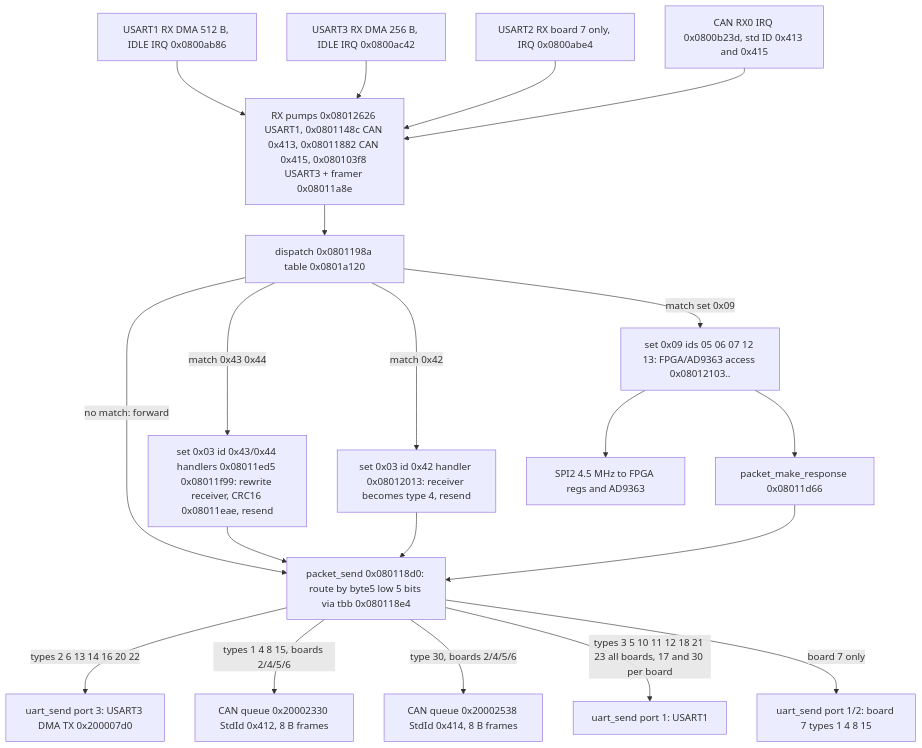
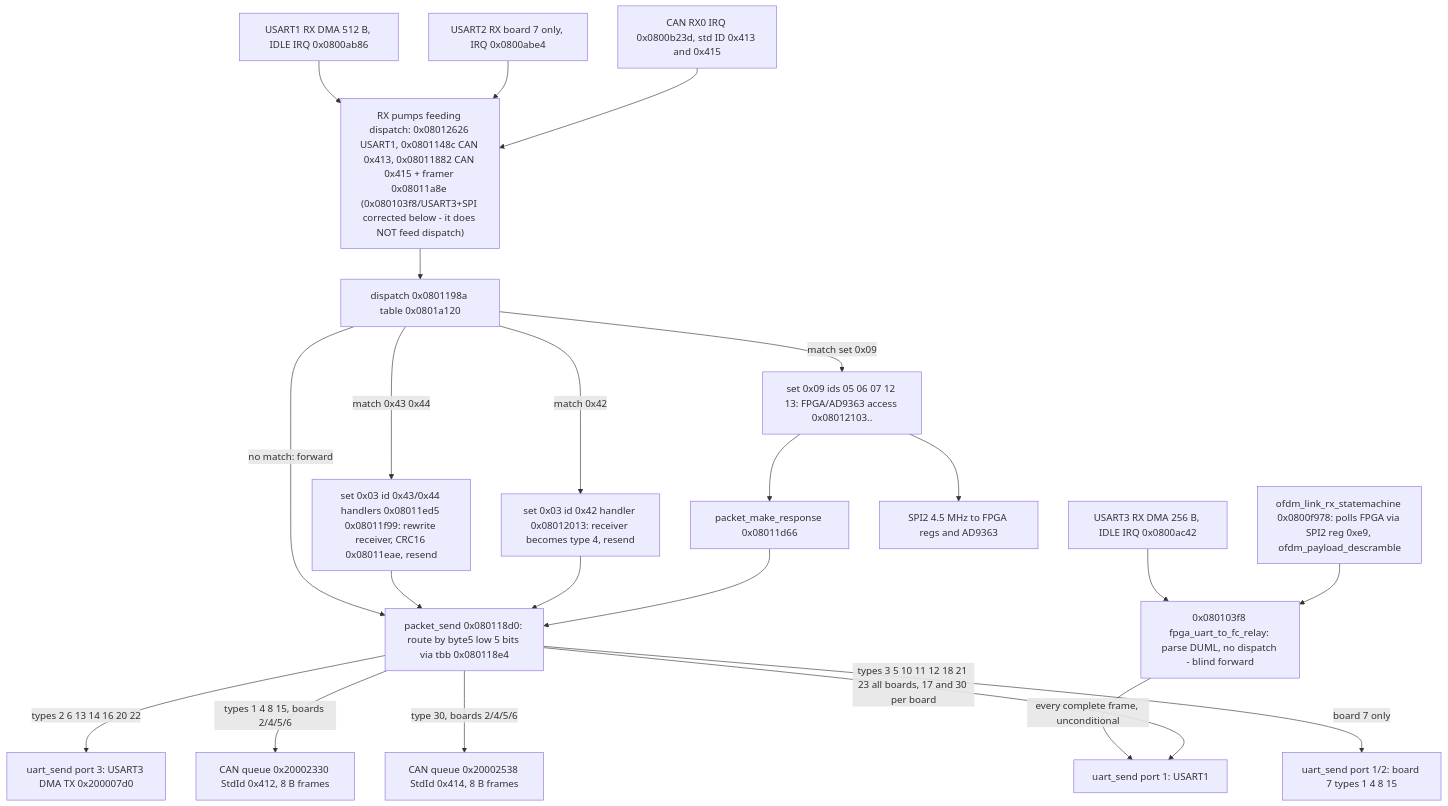
Before and after one commit to awto-au/awto-dji: the second of 4 diagrams in docs/dataflow.md, drawn with Mermaid. The commit also changed other lines of this file and 1 other file, not shown here.

First line of the commit message:
docs: fix dataflow.md diagram - RX from the link side bypasses dispatch, doesn't demux

````diff
--- a/docs/dataflow.md
+++ b/docs/dataflow.md
@@ -130,40 +130,44 @@
 ```mermaid
 flowchart TD
   U1["USART1 RX DMA 512 B, IDLE IRQ 0x0800ab86"]
   U3["USART3 RX DMA 256 B, IDLE IRQ 0x0800ac42"]
   U2["USART2 RX board 7 only, IRQ 0x0800abe4"]
   CANRX["CAN RX0 IRQ 0x0800b23d, std ID 0x413 and 0x415"]
-  PUMP["RX pumps 0x08012626 USART1, 0x0801148c CAN 0x413, 0x08011882 CAN 0x415, 0x080103f8 USART3 + framer 0x08011a8e"]
+  PUMP["RX pumps feeding dispatch: 0x08012626 USART1, 0x0801148c CAN 0x413, 0x08011882 CAN 0x415 + framer 0x08011a8e (0x080103f8/USART3+SPI corrected below - it does NOT feed dispatch)"]
   DISP["dispatch 0x0801198a table 0x0801a120"]
   H43["set 0x03 id 0x43/0x44 handlers 0x08011ed5 0x08011f99: rewrite receiver, CRC16 0x08011eae, resend"]
   H42["set 0x03 id 0x42 handler 0x08012013: receiver becomes type 4, resend"]
   H09["set 0x09 ids 05 06 07 12 13: FPGA/AD9363 access 0x08012103.."]
   RESP["packet_make_response 0x08011d66"]
   PS["packet_send 0x080118d0: route by byte5 low 5 bits via tbb 0x080118e4"]
   O3["uart_send port 3: USART3 DMA TX 0x200007d0"]
   OCAN["CAN queue 0x20002330 StdId 0x412, 8 B frames"]
   OCAN2["CAN queue 0x20002538 StdId 0x414, 8 B frames"]
   O1["uart_send port 1: USART1"]
   O12["uart_send port 1/2: board 7 types 1 4 8 15"]
   SPI["SPI2 4.5 MHz to FPGA regs and AD9363"]
 
   U1 --> PUMP
-  U3 --> PUMP
   U2 --> PUMP
   CANRX --> PUMP
+  U3 --> RELAY
+  OFDMRX["ofdm_link_rx_statemachine 0x0800f978: polls FPGA via SPI2 reg 0xe9, ofdm_payload_descramble"]
+  OFDMRX --> RELAY
+  RELAY["0x080103f8 fpga_uart_to_fc_relay: parse DUML, no dispatch - blind forward"]
+  RELAY -->|"every complete frame, unconditional"| O1
   PUMP --> DISP
   DISP -->|"match 0x43 0x44"| H43
   DISP -->|"match 0x42"| H42
   DISP -->|"match set 0x09"| H09
   DISP -->|"no match: forward"| PS
   H43 --> PS
   H42 --> PS
   H09 --> SPI
   H09 --> RESP
   RESP --> PS
   PS -->|"types 2 6 13 14 16 20 22"| O3
   PS -->|"types 1 4 8 15, boards 2/4/5/6"| OCAN
   PS -->|"type 30, boards 2/4/5/6"| OCAN2
   PS -->|"types 3 5 10 11 12 18 21 23 all boards, 17 and 30 per board"| O1
   PS -->|"board 7 only"| O12
 ```
````
